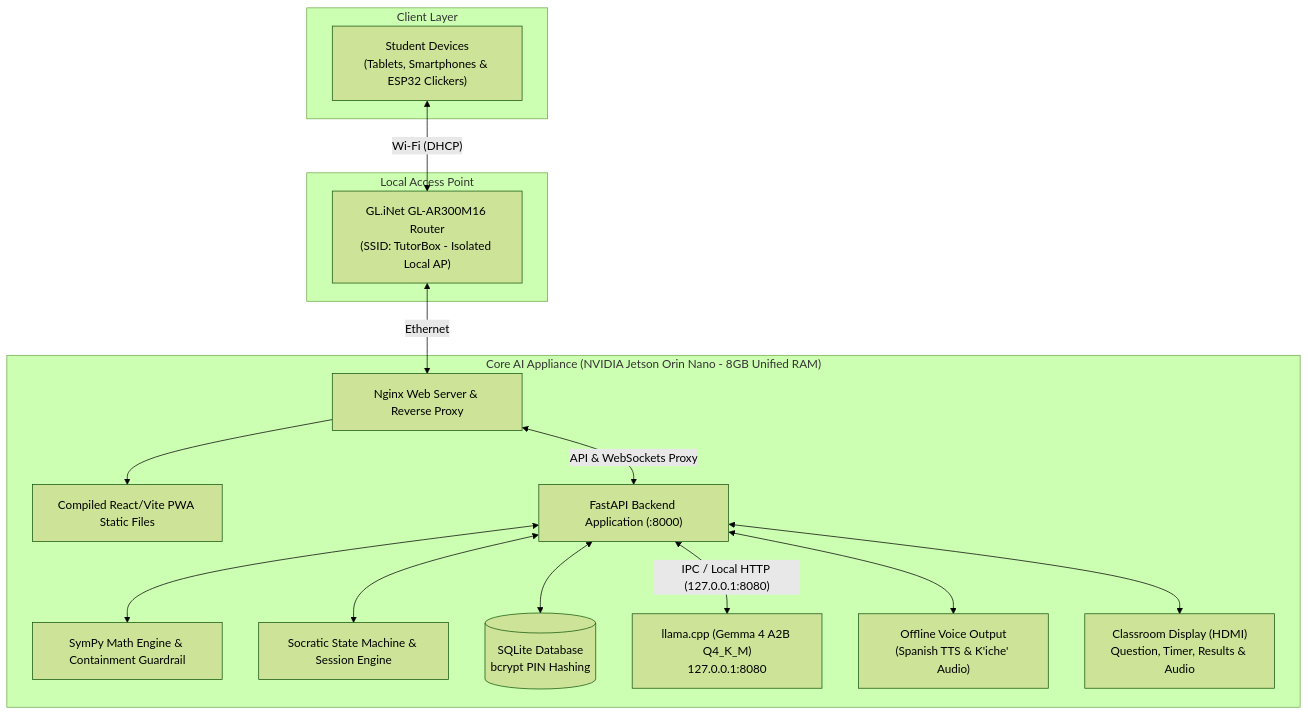
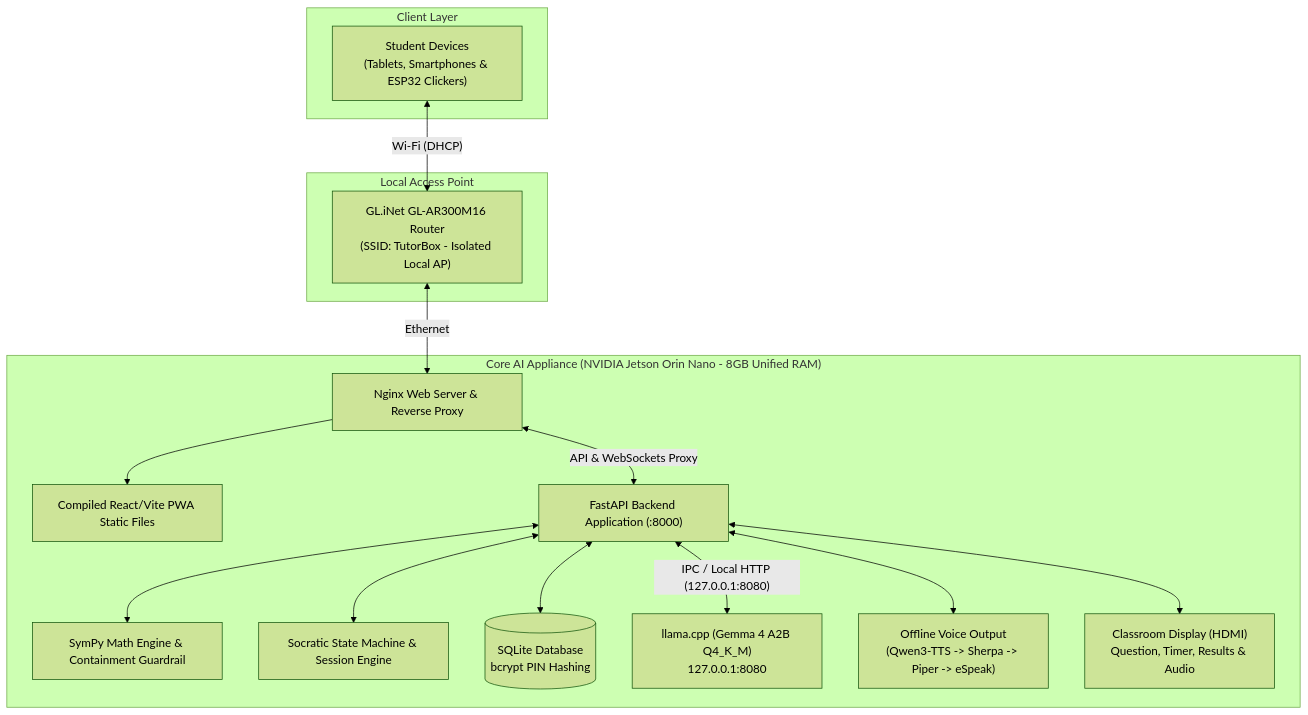
The diagram in README.md (GabGP/TutorBox), drawn with Mermaid (forest theme) before and after one commit. The commit also changed other lines of this file and 8 other files, not shown here.

Commit message:
docs(tts): document Qwen fallback hierarchy

````diff
--- a/README.md
+++ b/README.md
@@ -38,34 +40,30 @@
 ```mermaid
 graph TD
     subgraph AP ["Local Access Point"]
         Router["GL.iNet GL-AR300M16 Router<br/>(SSID: TutorBox - Isolated Local AP)"]
     end
-
     subgraph Clients ["Client Layer"]
         Students["Student Devices<br/>(Tablets, Smartphones & ESP32 Clickers)"]
     end
-
     subgraph Core ["Core AI Appliance (NVIDIA Jetson Orin Nano - 8GB Unified RAM)"]
         Nginx["Nginx Web Server & Reverse Proxy"]
         PWA["Compiled React/Vite PWA Static Files"]
         FastAPI["FastAPI Backend Application (:8000)"]
         SymPy["SymPy Math Engine & Containment Guardrail"]
         Pedagogy["Socratic State Machine & Session Engine"]
         SQLite[("SQLite Database<br/>bcrypt PIN Hashing")]
         LLM["llama.cpp (Gemma 4 A2B Q4_K_M)<br/>127.0.0.1:8080"]
-        TTS["Offline Voice Output<br/>(Spanish TTS & K'iche' Audio)"]
+        TTS["Offline Voice Output<br/>(Qwen3-TTS -> Sherpa -> Piper -> eSpeak)"]
         HDMI["Classroom Display (HDMI)<br/>Question, Timer, Results & Audio"]
     end
-
     Students <-->|"Wi-Fi (DHCP)"| Router
     Router <-->|"Ethernet"| Nginx
     Nginx --> PWA
     Nginx <-->|"API & WebSockets Proxy"| FastAPI
-
     FastAPI <--> SymPy
     FastAPI <--> Pedagogy
     FastAPI <--> SQLite
     FastAPI <-->|"IPC / Local HTTP (127.0.0.1:8080)"| LLM
     FastAPI <--> TTS
     FastAPI <--> HDMI
 ```
````
